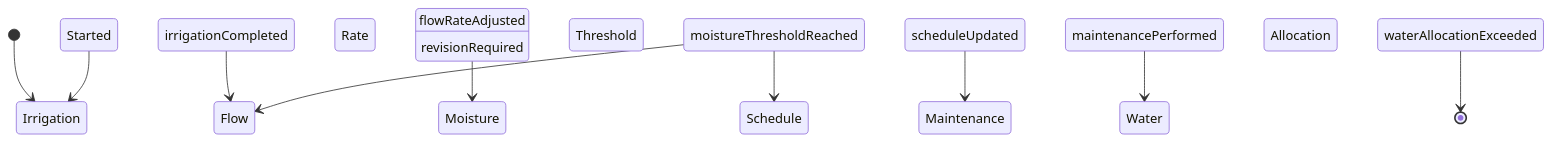
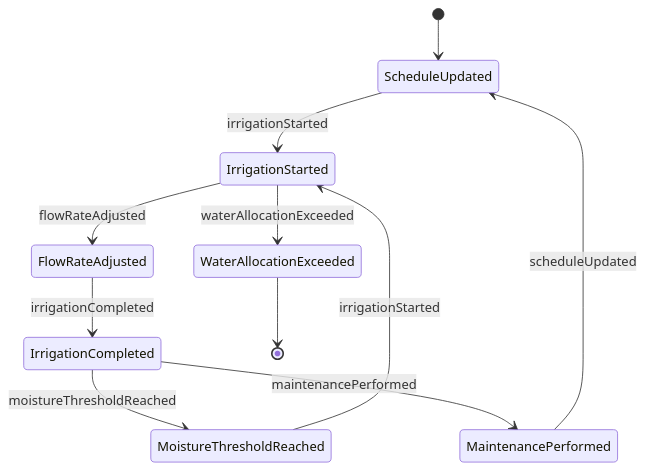
The second of 4 diagrams in ControllingMachinesAndProcesses/OperateAgriculturalOrForestryEquipment/OperateIrrigationSystems.mdx (dot-org-ai/tasks.org.ai), drawn with Mermaid before and after one commit. The commit also changed other lines of this file and 515 other files, not shown here.

````diff
--- a/ControllingMachinesAndProcesses/OperateAgriculturalOrForestryEquipment/OperateIrrigationSystems.mdx
+++ b/ControllingMachinesAndProcesses/OperateAgriculturalOrForestryEquipment/OperateIrrigationSystems.mdx
@@ -98,12 +98,13 @@
 ```mermaid
 stateDiagram-v2
-    [*] --> Irrigation Started
-    Irrigation Started --> Irrigation Completed : irrigationCompleted
-    Irrigation Completed --> Flow Rate Adjusted : flowRateAdjusted
-    Flow Rate Adjusted --> Moisture Threshold Reached : moistureThresholdReached
-    Moisture Threshold Reached --> Schedule Updated : scheduleUpdated
-    Schedule Updated --> Maintenance Performed : maintenancePerformed
-    Maintenance Performed --> Water Allocation Exceeded : waterAllocationExceeded
-    Moisture Threshold Reached --> Flow Rate Adjusted : revisionRequired
-    Water Allocation Exceeded --> [*]
+    [*] --> ScheduleUpdated
+    ScheduleUpdated --> IrrigationStarted : irrigationStarted
+    IrrigationStarted --> FlowRateAdjusted : flowRateAdjusted
+    FlowRateAdjusted --> IrrigationCompleted : irrigationCompleted
+    IrrigationCompleted --> MoistureThresholdReached : moistureThresholdReached
+    MoistureThresholdReached --> IrrigationStarted : irrigationStarted
+    IrrigationCompleted --> MaintenancePerformed : maintenancePerformed
+    MaintenancePerformed --> ScheduleUpdated : scheduleUpdated
+    IrrigationStarted --> WaterAllocationExceeded : waterAllocationExceeded
+    WaterAllocationExceeded --> [*]
 ```
````
